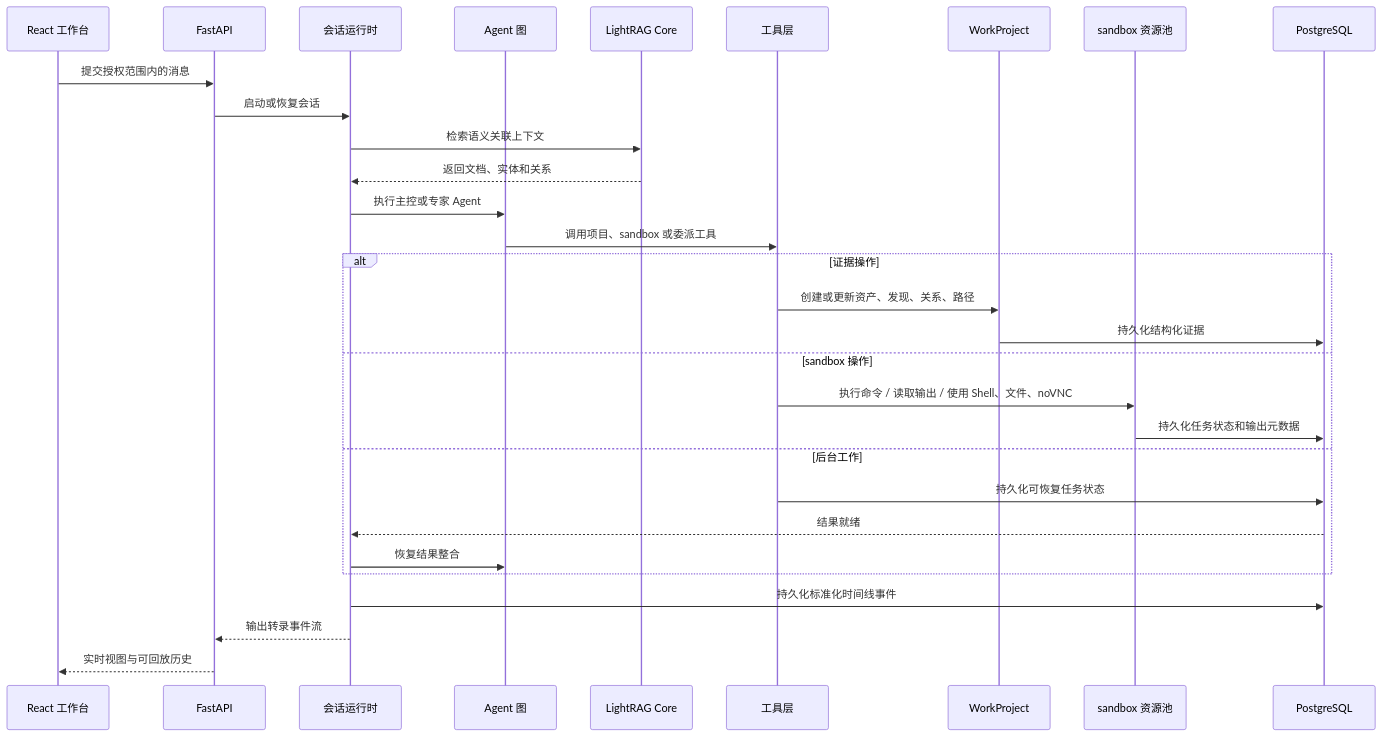
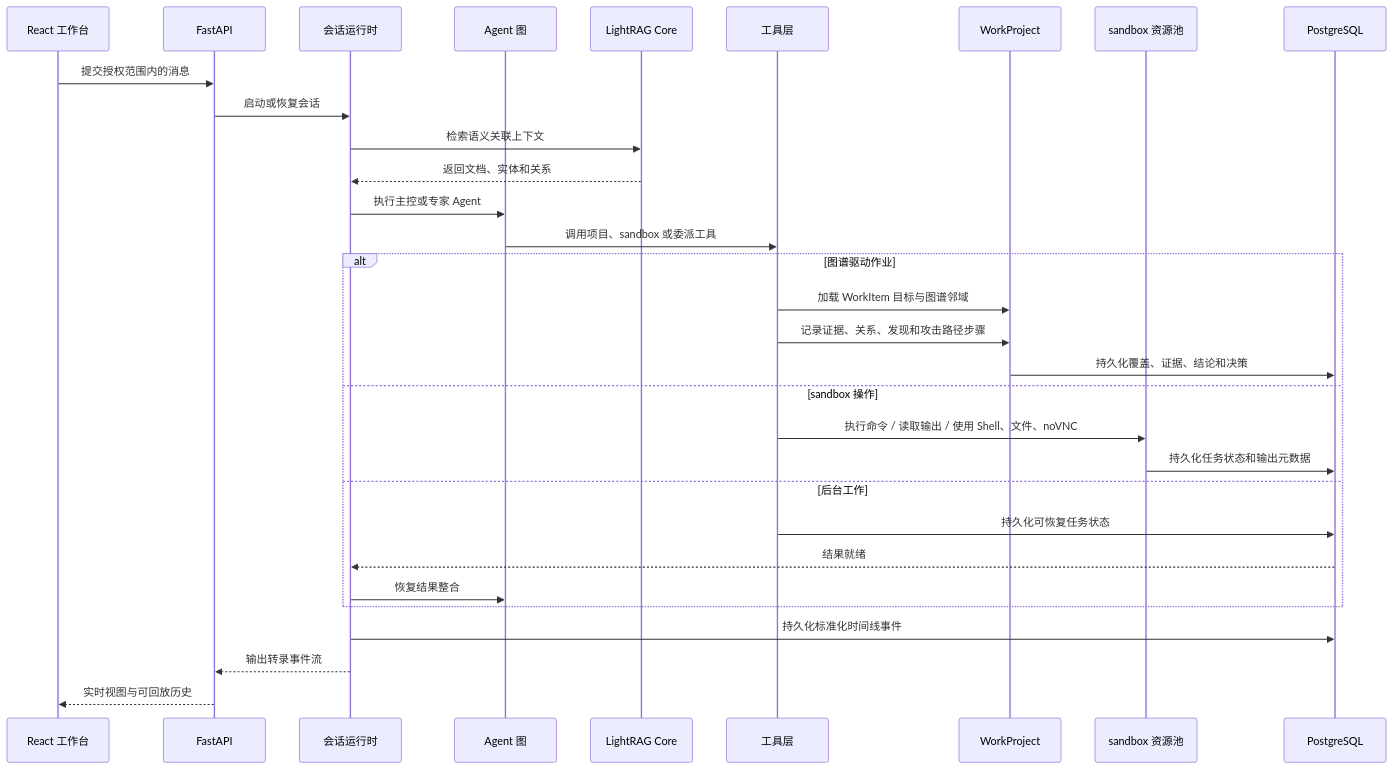
The second of 4 diagrams in README_zh.md (MolTau9527/Z3r0), drawn with Mermaid before and after one commit. The commit also changed other lines of this file and 113 other files, not shown here.

Commit message:
feat: Add graph-driven WorkProject orchestration and evidence-backed red team workflows

````diff
--- a/README_zh.md
+++ b/README_zh.md
@@ -107,35 +112,36 @@
 ```mermaid
 sequenceDiagram
   participant UI as React 工作台
   participant API as FastAPI
   participant Pool as 会话运行时
   participant Agents as Agent 图
   participant RAG as LightRAG Core
   participant Tools as 工具层
   participant Project as WorkProject
   participant Sandbox as sandbox 资源池
   participant DB as PostgreSQL
 
   UI->>API: 提交授权范围内的消息
   API->>Pool: 启动或恢复会话
   Pool->>RAG: 检索语义关联上下文
   RAG-->>Pool: 返回文档、实体和关系
   Pool->>Agents: 执行主控或专家 Agent
   Agents->>Tools: 调用项目、sandbox 或委派工具
 
-  alt 证据操作
-    Tools->>Project: 创建或更新资产、发现、关系、路径
-    Project->>DB: 持久化结构化证据
+  alt 图谱驱动作业
+    Tools->>Project: 加载 WorkItem 目标与图谱邻域
+    Tools->>Project: 记录证据、关系、发现和攻击路径步骤
+    Project->>DB: 持久化覆盖、证据、结论和决策
   else sandbox 操作
     Tools->>Sandbox: 执行命令 / 读取输出 / 使用 Shell、文件、noVNC
     Sandbox->>DB: 持久化任务状态和输出元数据
   else 后台工作
     Tools->>DB: 持久化可恢复任务状态
     DB-->>Pool: 结果就绪
     Pool->>Agents: 恢复结果整合
   end
 
   Pool->>DB: 持久化标准化时间线事件
   Pool-->>API: 输出转录事件流
   API-->>UI: 实时视图与可回放历史
 ```
````
